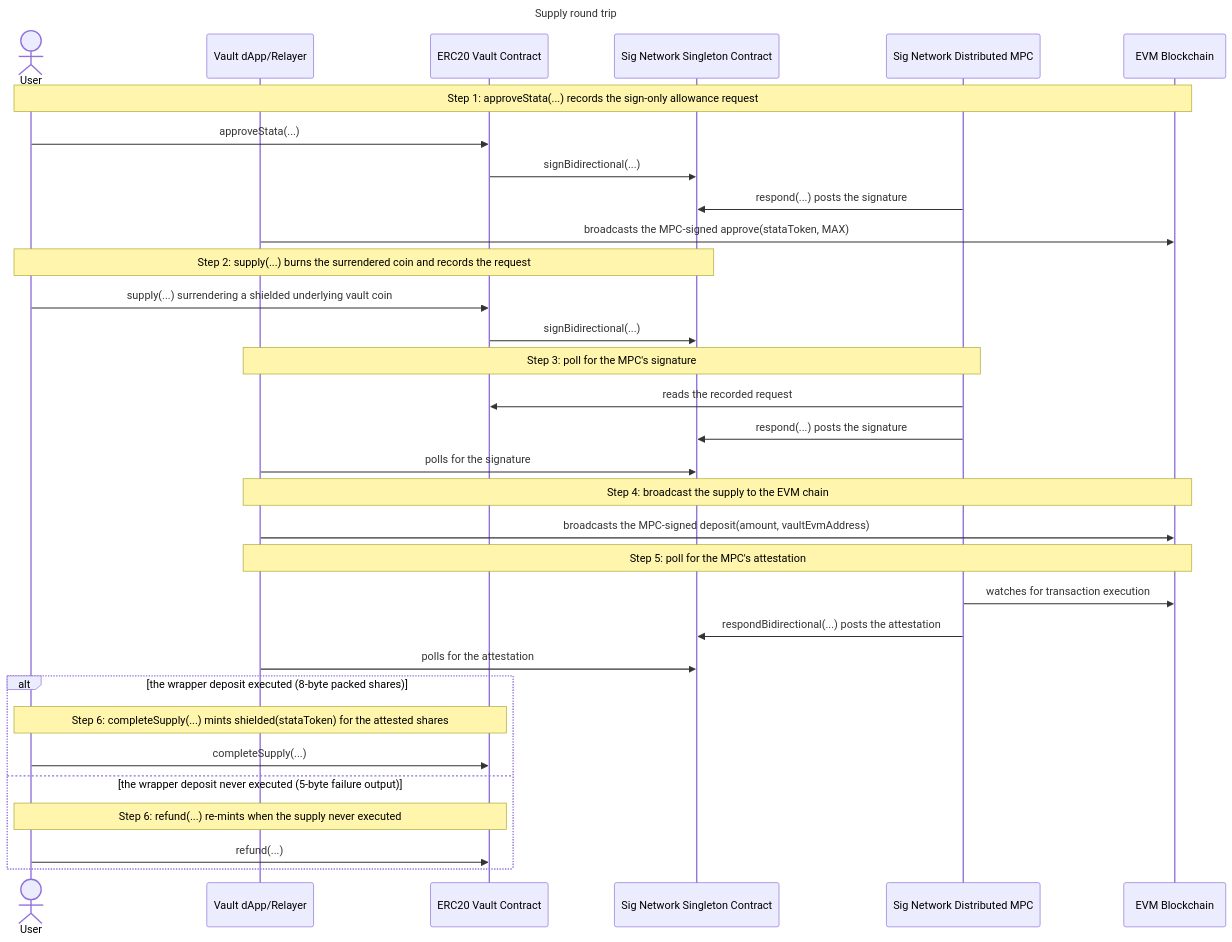
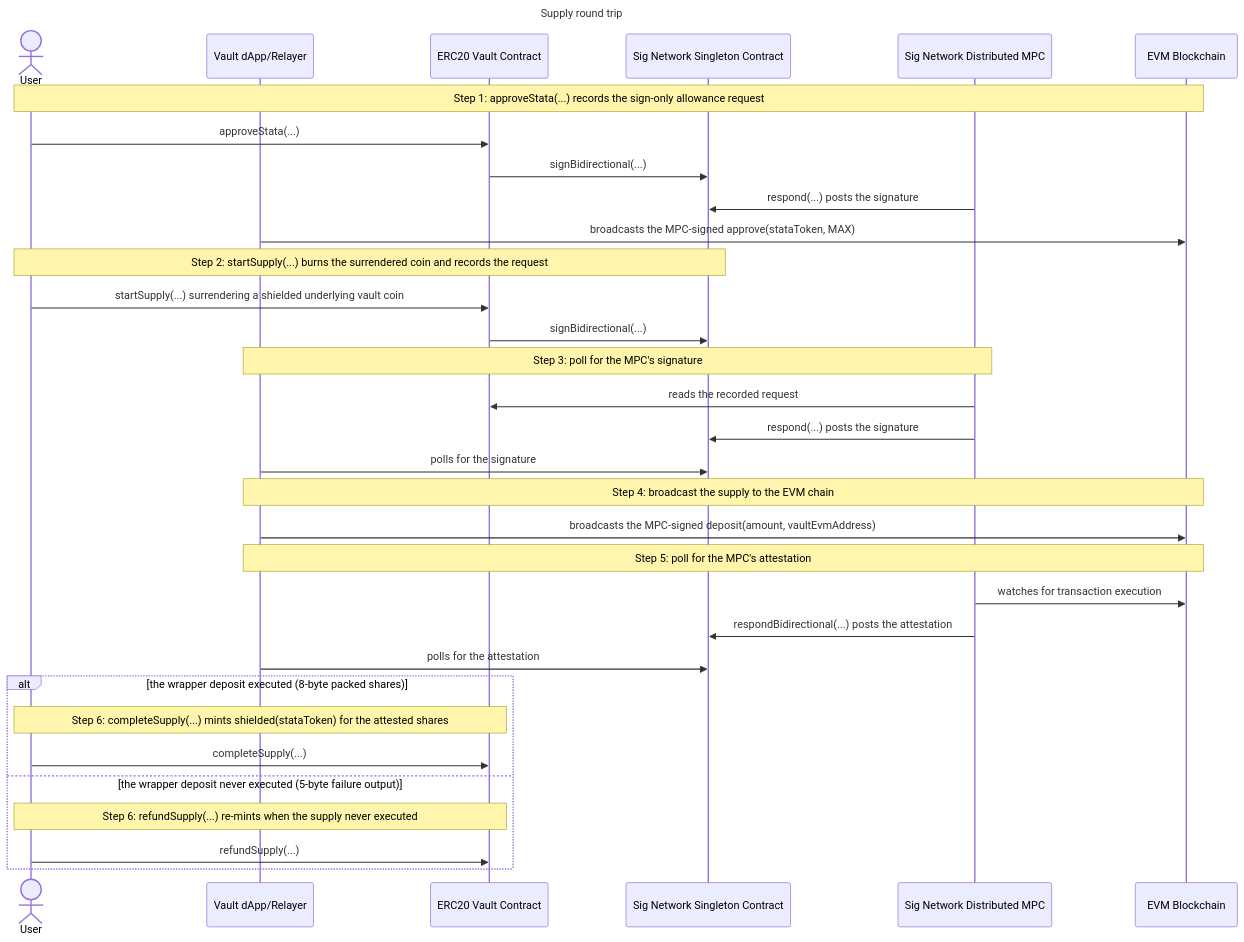
The diagram in examples/erc20-vault/docs/supply/supply.md (sig-net/midnight-examples), drawn with Mermaid before and after one commit. The commit also changed other lines of this file and 5 other files, not shown here.

````diff
--- a/examples/erc20-vault/docs/supply/supply.md
+++ b/examples/erc20-vault/docs/supply/supply.md
@@ -267,36 +267,36 @@
 ```mermaid
 sequenceDiagram
     title Supply round trip
     actor User
     participant DApp as Vault dApp/Relayer
     participant Vault as ERC20 Vault Contract
     participant Singleton as Sig Network Singleton Contract
     participant MPC as Sig Network Distributed MPC
     participant EVM as EVM Blockchain
 
     Note over User,EVM: Step 1: approveStata(...) records the sign-only allowance request
     User->>Vault: approveStata(...)
     Vault->>Singleton: signBidirectional(...)
     MPC->>Singleton: respond(...) posts the signature
     DApp->>EVM: broadcasts the MPC-signed approve(stataToken, MAX)
-    Note over User,Singleton: Step 2: supply(...) burns the surrendered coin and records the request
-    User->>Vault: supply(...) surrendering a shielded underlying vault coin
+    Note over User,Singleton: Step 2: startSupply(...) burns the surrendered coin and records the request
+    User->>Vault: startSupply(...) surrendering a shielded underlying vault coin
     Vault->>Singleton: signBidirectional(...)
     Note over DApp,MPC: Step 3: poll for the MPC's signature
     MPC->>Vault: reads the recorded request
     MPC->>Singleton: respond(...) posts the signature
     DApp->>Singleton: polls for the signature
     Note over DApp,EVM: Step 4: broadcast the supply to the EVM chain
     DApp->>EVM: broadcasts the MPC-signed deposit(amount, vaultEvmAddress)
     Note over DApp,EVM: Step 5: poll for the MPC's attestation
     MPC->>EVM: watches for transaction execution
     MPC->>Singleton: respondBidirectional(...) posts the attestation
     DApp->>Singleton: polls for the attestation
     alt the wrapper deposit executed (8-byte packed shares)
         Note over User,Vault: Step 6: completeSupply(...) mints shielded(stataToken) for the attested shares
         User->>Vault: completeSupply(...)
     else the wrapper deposit never executed (5-byte failure output)
-        Note over User,Vault: Step 6: refund(...) re-mints when the supply never executed
-        User->>Vault: refund(...)
+        Note over User,Vault: Step 6: refundSupply(...) re-mints when the supply never executed
+        User->>Vault: refundSupply(...)
     end
 ```
````
